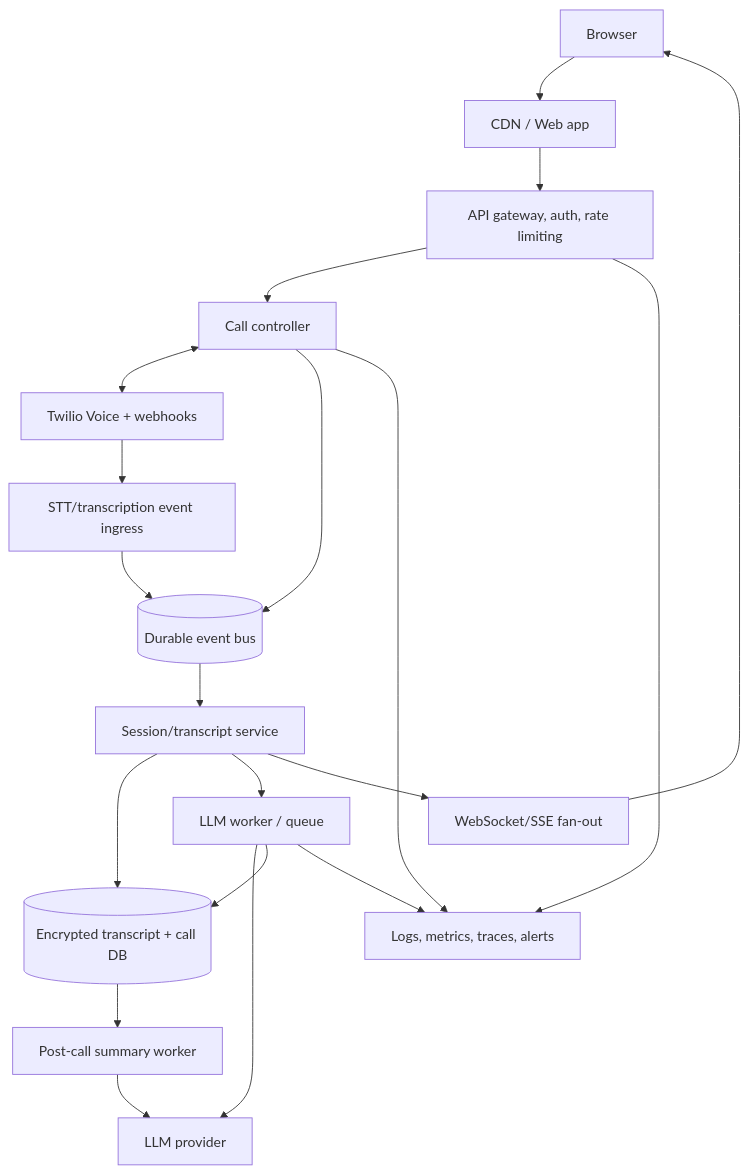
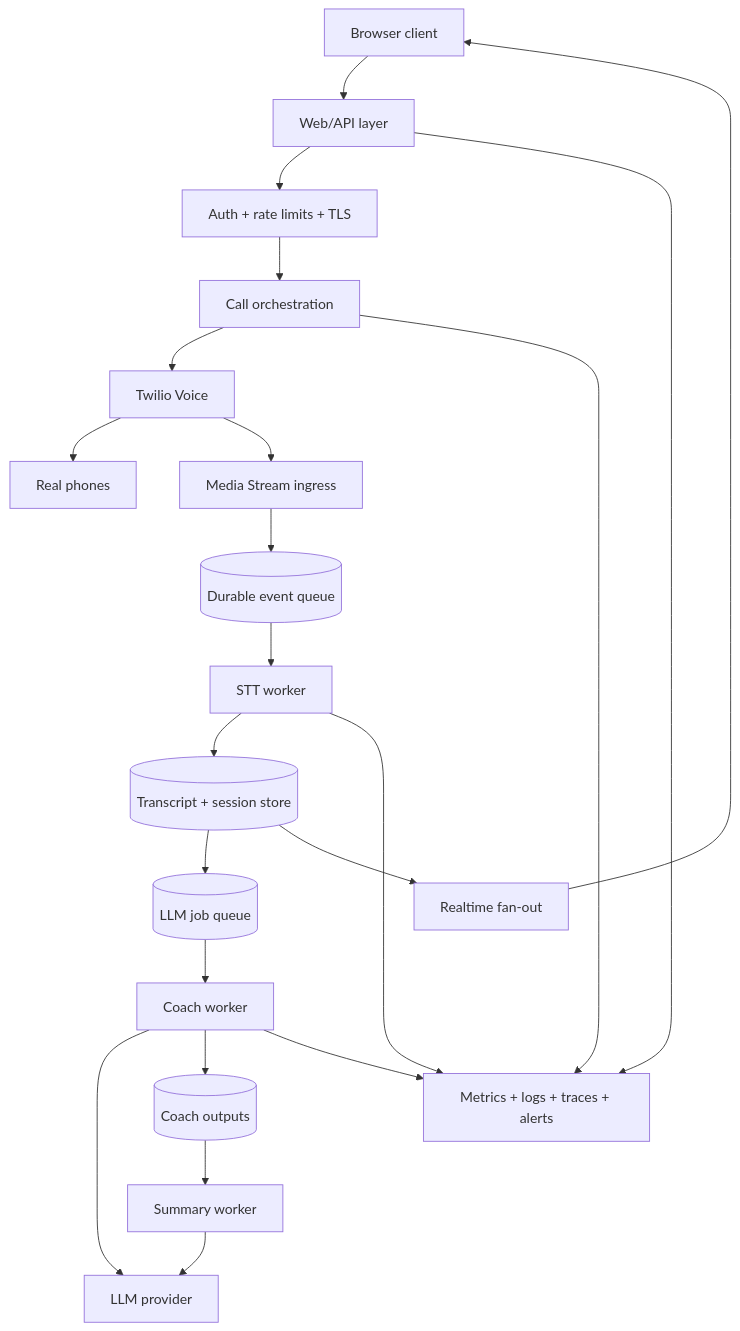
One commit to vandana123maddi/AI-Sales-Coach changed the second of 2 diagrams in docs/system-design.md. Above: the diagram before and after it, drawn with Mermaid. The commit also changed other lines of this file and 3 other files, not shown here.

````diff
--- a/docs/system-design.md
+++ b/docs/system-design.md
@@ -21,22 +44,24 @@
 ```mermaid
 flowchart TB
-  Browser --> CDN[CDN / Web app]
-  CDN --> Gateway[API gateway, auth, rate limiting]
-  Gateway --> Call[Call controller]
-  Call <--> Twilio[Twilio Voice + webhooks]
-  Twilio --> STT[STT/transcription event ingress]
-  STT --> Bus[(Durable event bus)]
-  Call --> Bus
-  Bus --> Session[Session/transcript service]
-  Session --> DB[(Encrypted transcript + call DB)]
-  Session --> Coach[LLM worker / queue]
+  Browser[Browser client] --> Web[Web/API layer]
+  Web --> Gateway[Auth + rate limits + TLS]
+  Gateway --> CallSvc[Call orchestration]
+  CallSvc --> Twilio[Twilio Voice]
+  Twilio --> PSTN[Real phones]
+  Twilio --> Stream[Media Stream ingress]
+  Stream --> Queue[(Durable event queue)]
+  Queue --> STT[STT worker]
+  STT --> TranscriptStore[(Transcript + session store)]
+  TranscriptStore --> CoachQ[(LLM job queue)]
+  CoachQ --> Coach[Coach worker]
   Coach --> LLM[LLM provider]
-  Coach --> DB
-  Session --> Realtime[WebSocket/SSE fan-out]
+  Coach --> CoachStore[(Coach outputs)]
+  TranscriptStore --> Realtime[Realtime fan-out]
   Realtime --> Browser
-  DB --> Summary[Post-call summary worker]
+  CoachStore --> Summary[Summary worker]
   Summary --> LLM
-  Gateway --> Obs[Logs, metrics, traces, alerts]
-  Call --> Obs
+  Web --> Obs[Metrics + logs + traces + alerts]
+  CallSvc --> Obs
+  STT --> Obs
   Coach --> Obs
 ```
````
